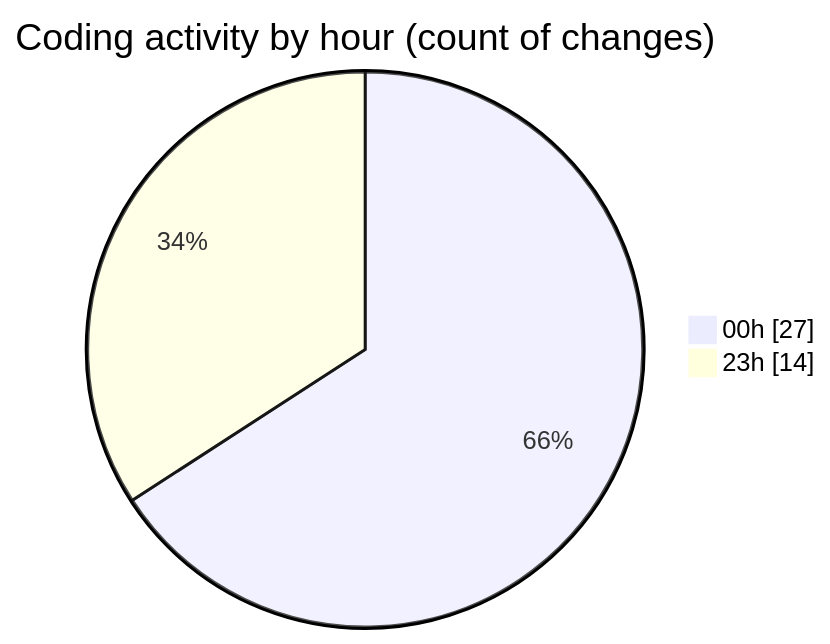
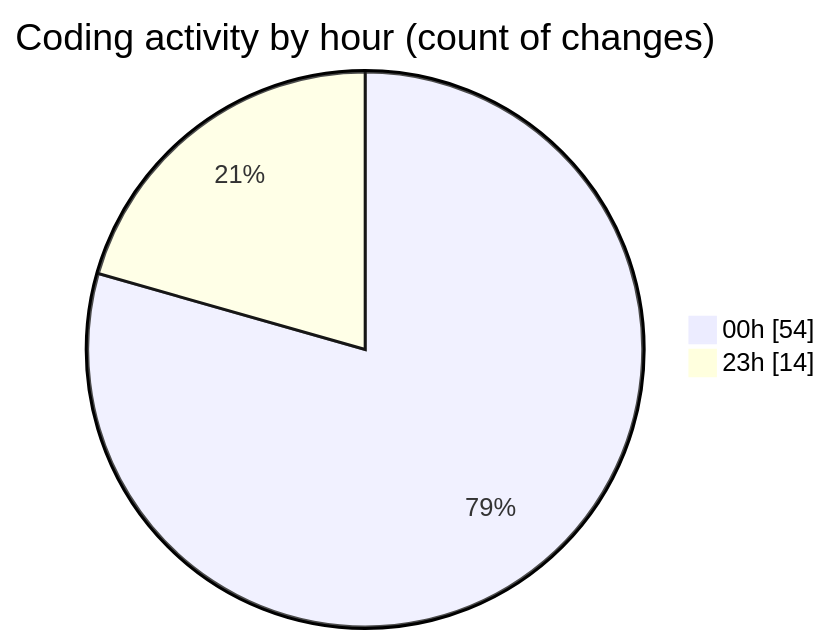
The second of 2 diagrams in 2025-08-20/quytuthien_vn/README.md (lephambinh05/code-tracking), drawn with Mermaid before and after one commit. The commit also changed other lines of this file and 1 other file, not shown here.

````diff
--- a/2025-08-20/quytuthien_vn/README.md
+++ b/2025-08-20/quytuthien_vn/README.md
@@ -52,6 +66,6 @@
 ```mermaid
 pie showData
 title Coding activity by hour (count of changes)
-"00h" : 27
+"00h" : 54
 "23h" : 14
 ```
````
